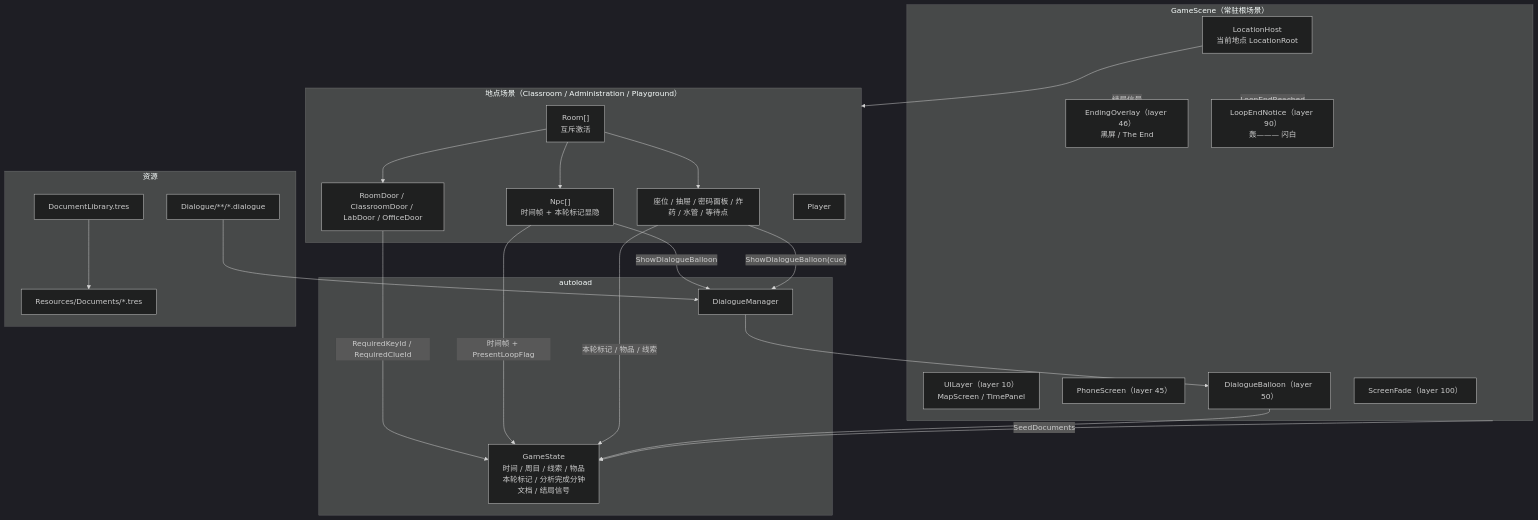
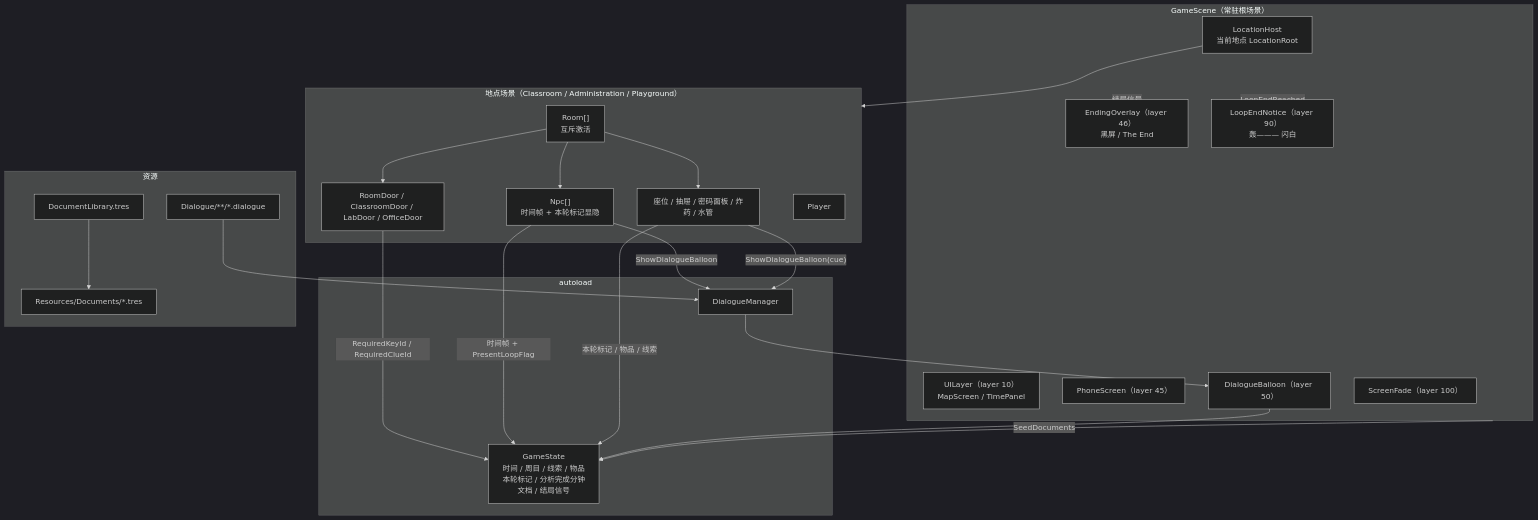
One commit to Yumihoshi/pandagj-2026 changed the first of 8 diagrams in docs/superpowers/specs/2026-11-07-formal-main-flow-design.md. Above: the diagram before and after it, drawn with Mermaid (dark theme). The commit also changed other lines of this file and 9 other files, not shown here.

````diff
--- a/docs/superpowers/specs/2026-11-07-formal-main-flow-design.md
+++ b/docs/superpowers/specs/2026-11-07-formal-main-flow-design.md
@@ -91,48 +91,48 @@
 ```mermaid
 graph TD
     subgraph GameScene["GameScene（常驻根场景）"]
         LocationHost["LocationHost<br/>当前地点 LocationRoot"]
         UILayer["UILayer（layer 10）<br/>MapScreen / TimePanel"]
         Phone["PhoneScreen（layer 45）"]
         Ending["EndingOverlay（layer 46）<br/>黑屏 / The End"]
         Balloon["DialogueBalloon（layer 50）"]
         LoopEnd["LoopEndNotice（layer 90）<br/>轰——— 闪白"]
         Fade["ScreenFade（layer 100）"]
     end
 
     subgraph Location["地点场景（Classroom / Administration / Playground）"]
         Rooms["Room[]<br/>互斥激活"]
         Doors["RoomDoor / ClassroomDoor / LabDoor / OfficeDoor"]
         Npcs["Npc[]<br/>时间帧 + 本轮标记显隐"]
-        Objects["座位 / 抽屉 / 密码面板 / 炸药 / 水管 / 等待点"]
+        Objects["座位 / 抽屉 / 密码面板 / 炸药 / 水管"]
         Player["Player"]
     end
 
     subgraph Autoload["autoload"]
         GS["GameState<br/>时间 / 周目 / 线索 / 物品<br/>本轮标记 / 分析完成分钟<br/>文档 / 结局信号"]
         DM["DialogueManager"]
     end
 
     subgraph Data["资源"]
         Dlg["Dialogue/**/*.dialogue"]
         Docs["Resources/Documents/*.tres"]
         Lib["DocumentLibrary.tres"]
     end
 
     LocationHost --> Location
     Rooms --> Doors
     Rooms --> Npcs
     Rooms --> Objects
     Doors -->|"RequiredKeyId / RequiredClueId"| GS
     Npcs -->|"时间帧 + PresentLoopFlag"| GS
     Objects -->|"本轮标记 / 物品 / 线索"| GS
     Npcs -->|"ShowDialogueBalloon"| DM
     Objects -->|"ShowDialogueBalloon(cue)"| DM
     DM --> Balloon
     Balloon --> GS
     GameScene -->|"结局信号"| Ending
     GameScene -->|"LoopEndReached"| LoopEnd
     Lib --> Docs
     GameScene -->|"SeedDocuments"| GS
     Dlg --> DM
 ```
````
